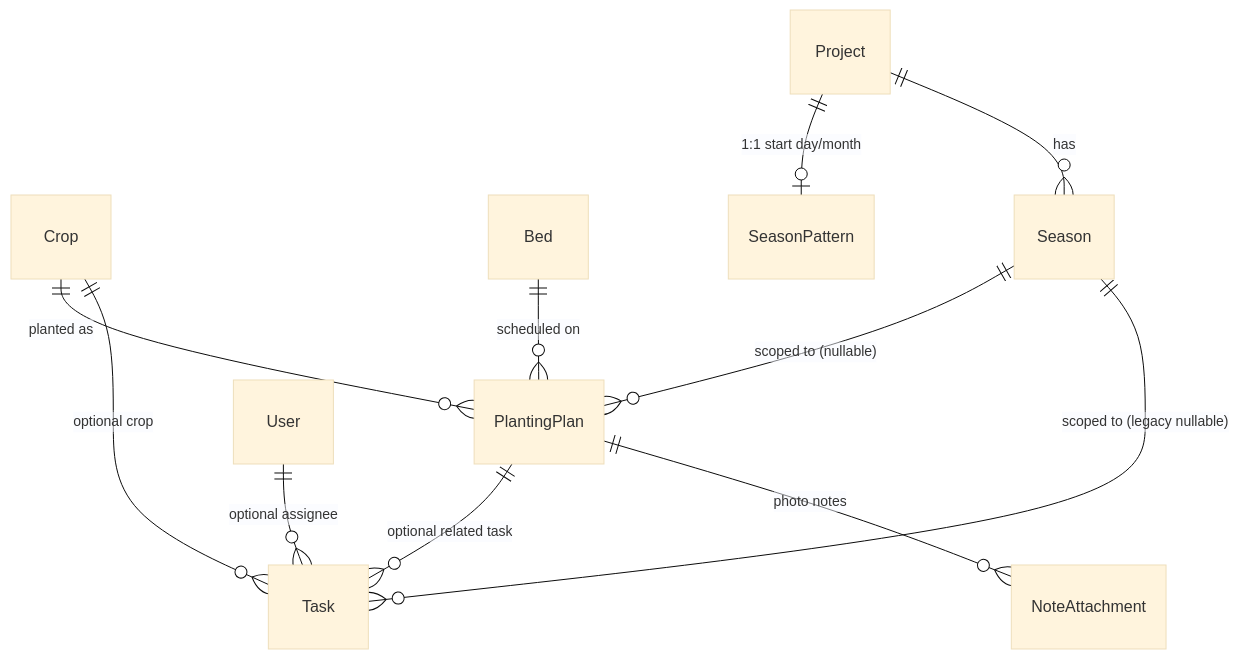
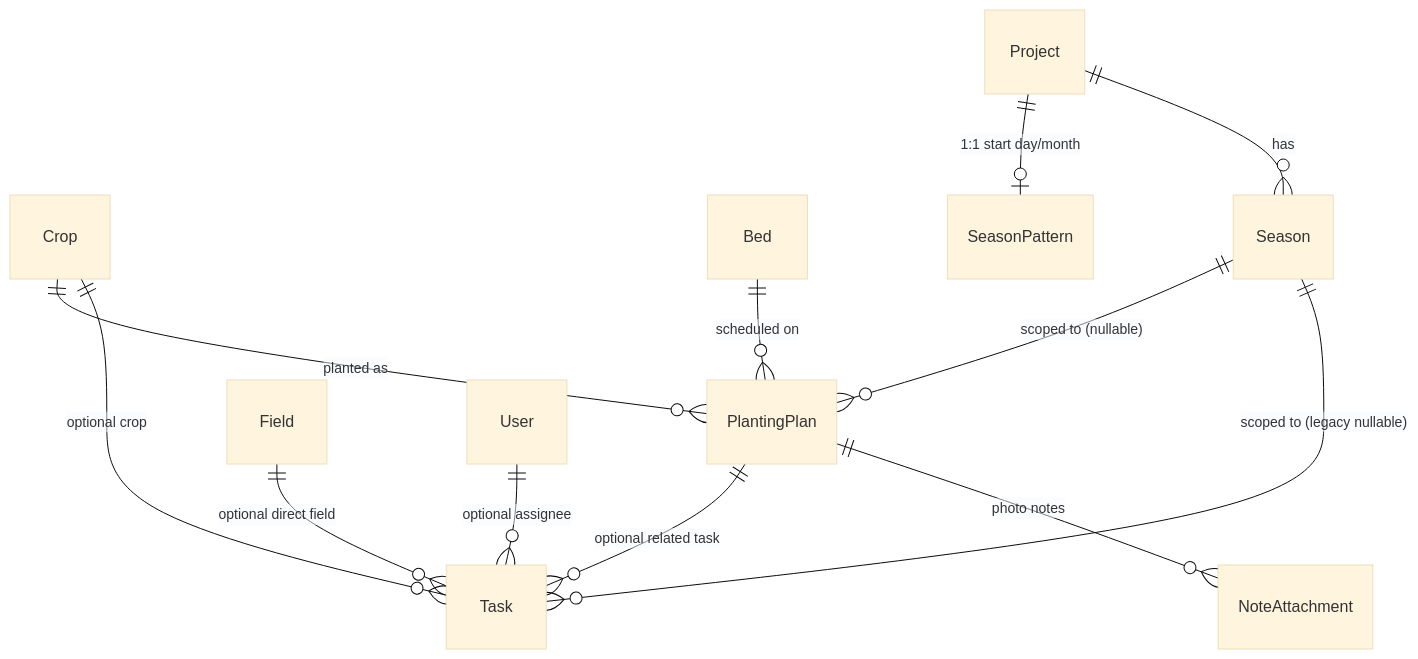
One commit to OpenFarmPlanner/planner changed the fourth of 6 diagrams in docs/data-model.md. Above: the diagram before and after it, drawn with Mermaid (base theme). The commit also changed other lines of this file and 20 other files, not shown here.

Commit message:
feat(tasks): add manual task forms and direct field assignment

````diff
--- a/docs/data-model.md
+++ b/docs/data-model.md
@@ -167,13 +167,14 @@
 ```mermaid
 erDiagram
     Crop ||--o{ PlantingPlan : "planted as"
     Bed ||--o{ PlantingPlan : "scheduled on"
     Season ||--o{ PlantingPlan : "scoped to (nullable)"
     Project ||--o| SeasonPattern : "1:1 start day/month"
     Project ||--o{ Season : has
     PlantingPlan ||--o{ Task : "optional related task"
     Season ||--o{ Task : "scoped to (legacy nullable)"
     Crop ||--o{ Task : "optional crop"
+    Field ||--o{ Task : "optional direct field"
     User ||--o{ Task : "optional assignee"
     PlantingPlan ||--o{ NoteAttachment : "photo notes"
 ```
````
